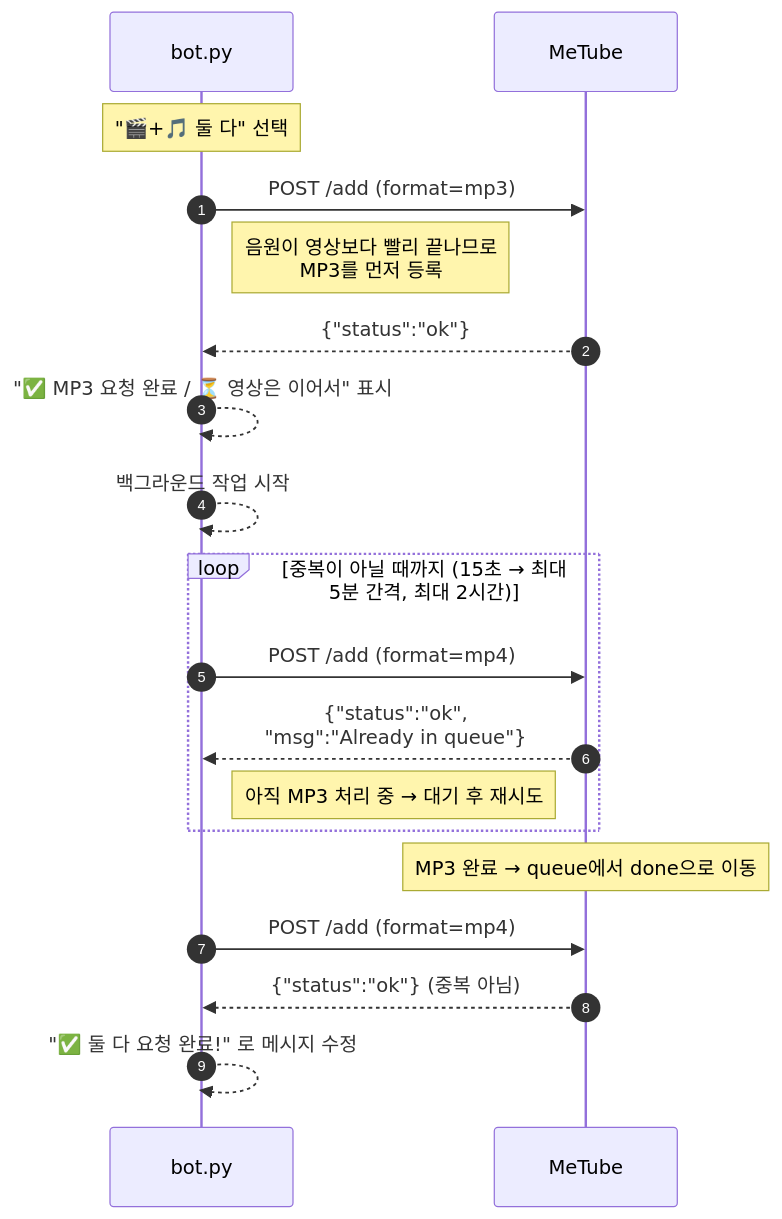
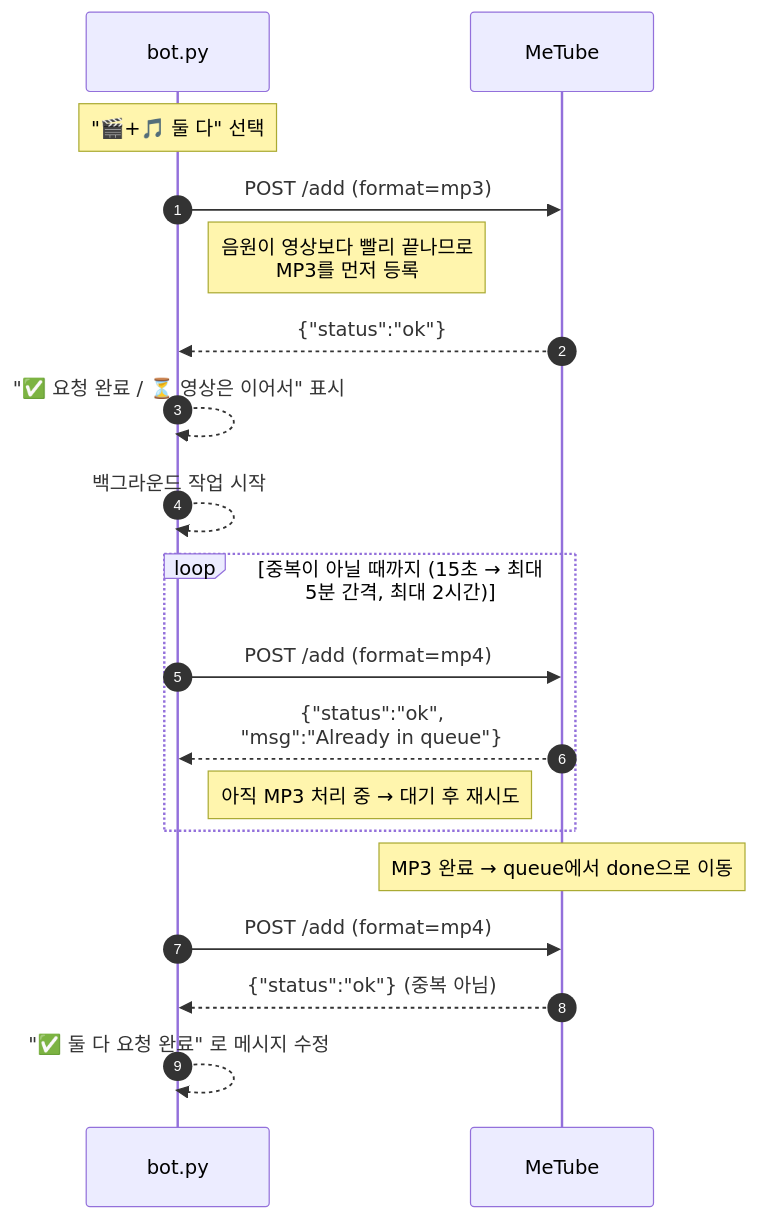
One commit to progh2/metube-telegram-bot changed the second of 7 diagrams in README.md. Above: the diagram before and after it, drawn with Mermaid. The commit also changed other lines of this file and 1 other file, not shown here.

````diff
--- a/README.md
+++ b/README.md
@@ -104,26 +105,26 @@
 ```mermaid
 sequenceDiagram
     autonumber
     participant B as bot.py
     participant M as MeTube
 
     Note over B: "🎬+🎵 둘 다" 선택
 
     B->>M: POST /add (format=mp3)
     Note right of B: 음원이 영상보다 빨리 끝나므로<br/>MP3를 먼저 등록
     M-->>B: {"status":"ok"}
-    B-->>B: "✅ MP3 요청 완료 / ⏳ 영상은 이어서" 표시
+    B-->>B: "✅ 요청 완료 / ⏳ 영상은 이어서" 표시
     B-->>B: 백그라운드 작업 시작
 
     loop 중복이 아닐 때까지 (15초 → 최대 5분 간격, 최대 2시간)
         B->>M: POST /add (format=mp4)
         M-->>B: {"status":"ok",<br/>"msg":"Already in queue"}
         Note right of B: 아직 MP3 처리 중 → 대기 후 재시도
     end
 
     Note over M: MP3 완료 → queue에서 done으로 이동
 
     B->>M: POST /add (format=mp4)
     M-->>B: {"status":"ok"}  (중복 아님)
-    B-->>B: "✅ 둘 다 요청 완료!" 로 메시지 수정
+    B-->>B: "✅ 둘 다 요청 완료" 로 메시지 수정
 ```
````
